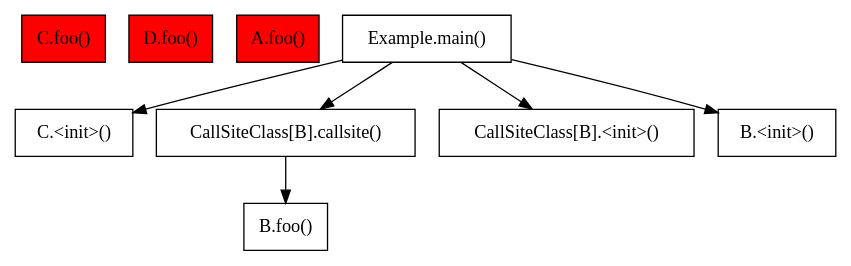
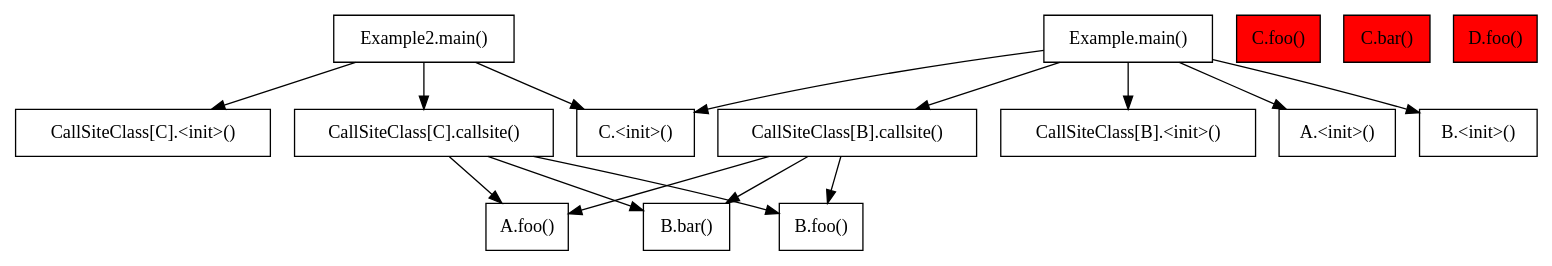
The diagram in callgraphproject/src/main/scala/graphs/TCABounds/TCABoundsExample.dot (enricumming/ScalaCallGraphAnalysis), drawn with Graphviz before and after one commit. The commit also changed 5 other files, not shown here.

```diff
--- a/callgraphproject/src/main/scala/graphs/TCABounds/TCABoundsExample.dot
+++ b/callgraphproject/src/main/scala/graphs/TCABounds/TCABoundsExample.dot
@@ -1,17 +1,32 @@
 digraph CallGraph {
   node [shape=box];
+  "Example2.main()" [style=filled, fillcolor=white];
   "C.foo()" [style=filled, fillcolor=red];
-  "D.foo()" [style=filled, fillcolor=red];
-  "A.foo()" [style=filled, fillcolor=red];
-  "B.foo()" [style=filled, fillcolor=white];
+  "A.foo()" [style=filled, fillcolor=white];
+  "B.bar()" [style=filled, fillcolor=white];
   "C.<init>()" [style=filled, fillcolor=white];
-  "Example.main()" [style=filled, fillcolor=white];
   "CallSiteClass[B].callsite()" [style=filled, fillcolor=white];
   "CallSiteClass[B].<init>()" [style=filled, fillcolor=white];
+  "C.bar()" [style=filled, fillcolor=red];
+  "D.foo()" [style=filled, fillcolor=red];
+  "A.<init>()" [style=filled, fillcolor=white];
+  "CallSiteClass[C].<init>()" [style=filled, fillcolor=white];
+  "B.foo()" [style=filled, fillcolor=white];
+  "Example.main()" [style=filled, fillcolor=white];
+  "CallSiteClass[C].callsite()" [style=filled, fillcolor=white];
   "B.<init>()" [style=filled, fillcolor=white];
   "Example.main()" -> "CallSiteClass[B].<init>()";
+  "CallSiteClass[C].callsite()" -> "B.bar()";
+  "CallSiteClass[C].callsite()" -> "A.foo()";
+  "CallSiteClass[C].callsite()" -> "B.foo()";
+  "Example2.main()" -> "C.<init>()";
+  "Example.main()" -> "A.<init>()";
+  "Example2.main()" -> "CallSiteClass[C].callsite()";
+  "CallSiteClass[B].callsite()" -> "B.bar()";
+  "Example.main()" -> "B.<init>()";
   "Example.main()" -> "C.<init>()";
+  "Example2.main()" -> "CallSiteClass[C].<init>()";
   "CallSiteClass[B].callsite()" -> "B.foo()";
   "Example.main()" -> "CallSiteClass[B].callsite()";
-  "Example.main()" -> "B.<init>()";
+  "CallSiteClass[B].callsite()" -> "A.foo()";
 }
```
